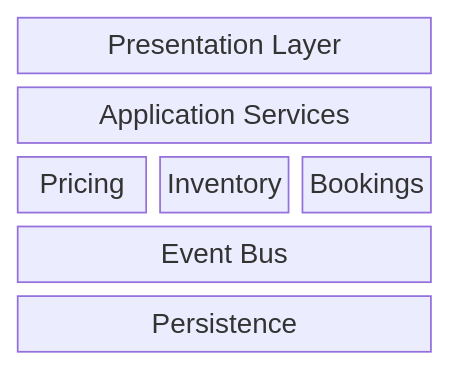
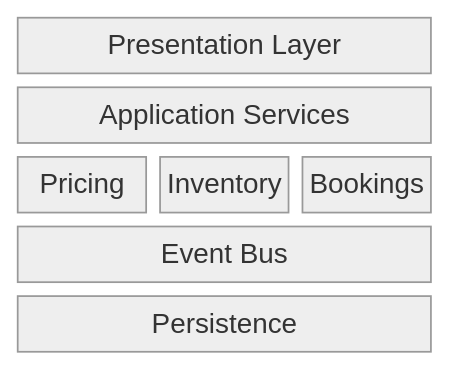
The fourth of 8 diagrams in skills/utils-skills/mermaid-diagrams/references/diagrams.md (Hotusa-Data/ehc-agent-harness), drawn with Mermaid before and after one commit. The commit also changed other lines of this file and 15 other files, not shown here.

Commit message:
improve mermaid diagrams

````diff
--- a/skills/utils-skills/mermaid-diagrams/references/diagrams.md
+++ b/skills/utils-skills/mermaid-diagrams/references/diagrams.md
@@ -132,9 +145,13 @@
 ```mermaid
+---
+config:
+  theme: neutral
+---
 block-beta
     columns 3
     a["Presentation Layer"]:3
     b["Application Services"]:3
     c1["Pricing"] c2["Inventory"] c3["Bookings"]
     d["Event Bus"]:3
     e["Persistence"]:3
 ```
````
